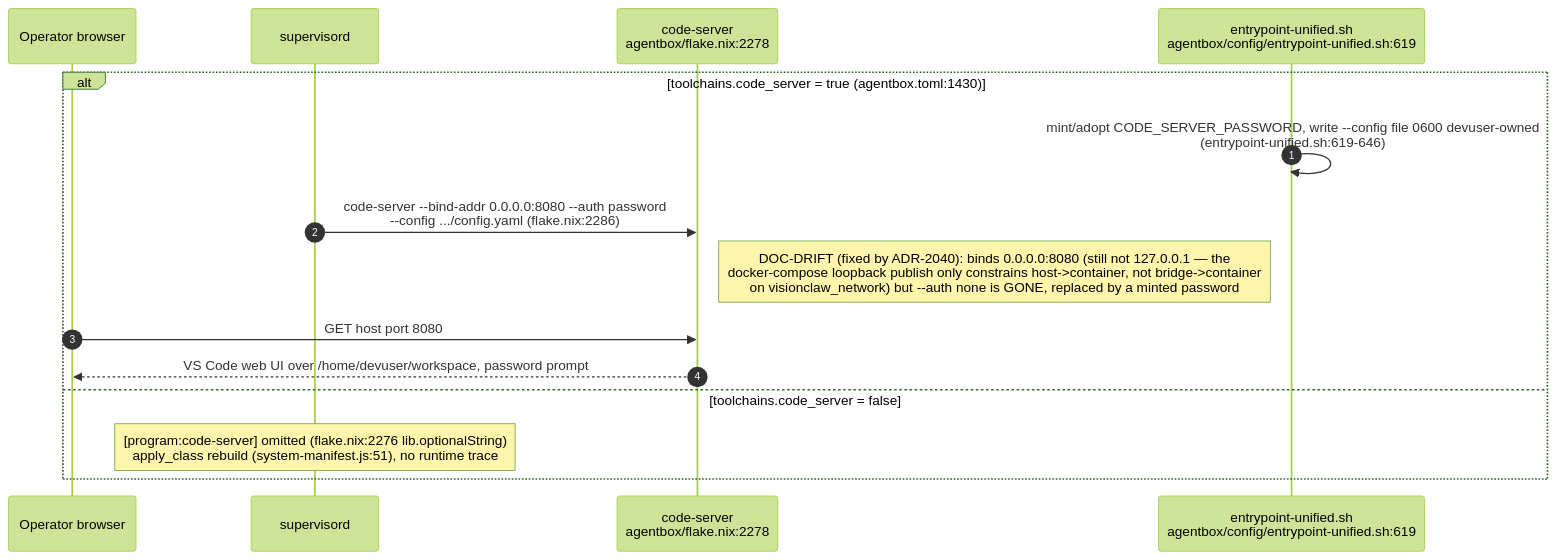
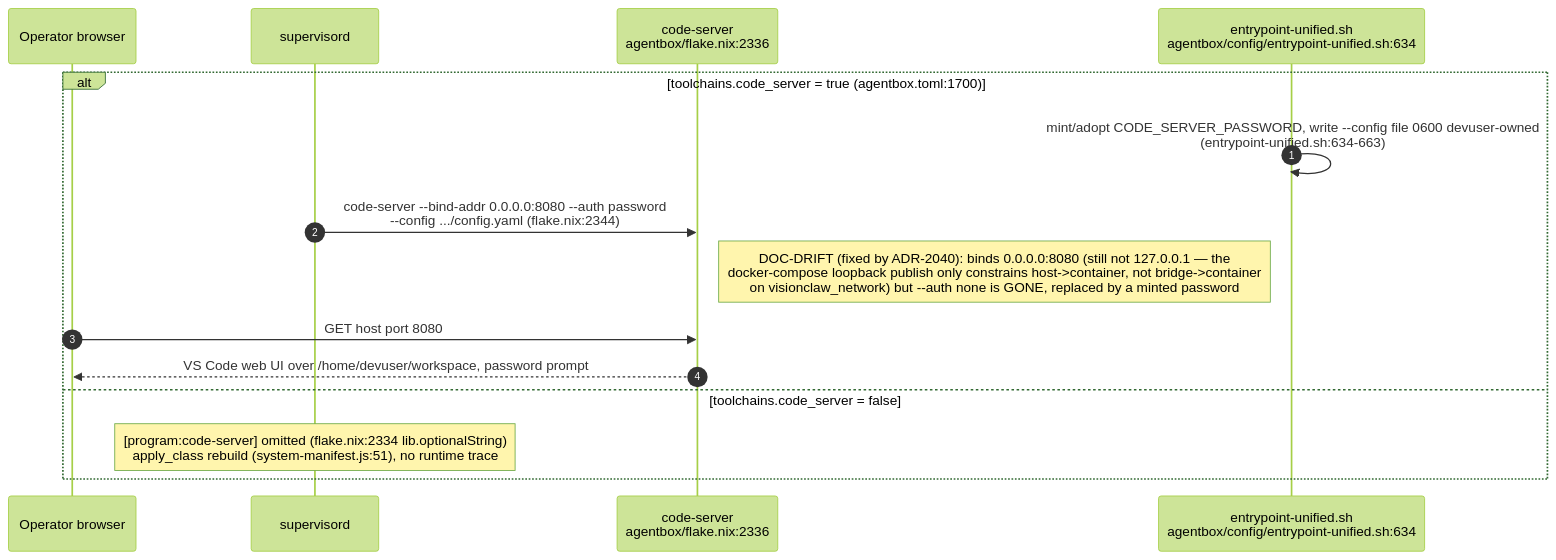
One commit to DreamLab-AI/VisionFlow changed the sixth of 13 diagrams in docs/diagrams/agentbox/27-media-gpu-capability-services.md. Above: the diagram before and after it, drawn with Mermaid (forest theme). The commit also changed other lines of this file and 28 other files, not shown here.

````diff
--- a/docs/diagrams/agentbox/27-media-gpu-capability-services.md
+++ b/docs/diagrams/agentbox/27-media-gpu-capability-services.md
@@ -205,18 +205,18 @@
 ```mermaid
 sequenceDiagram
     autonumber
     participant Op as Operator browser
     participant Sup as supervisord
-    participant CS as code-server<br/>agentbox/flake.nix:2278
-    participant Entry as entrypoint-unified.sh<br/>agentbox/config/entrypoint-unified.sh:619
+    participant CS as code-server<br/>agentbox/flake.nix:2336
+    participant Entry as entrypoint-unified.sh<br/>agentbox/config/entrypoint-unified.sh:634
 
-    alt toolchains.code_server = true (agentbox.toml:1430)
-        Entry->>Entry: mint/adopt CODE_SERVER_PASSWORD, write --config file 0600 devuser-owned<br/>(entrypoint-unified.sh:619-646)
-        Sup->>CS: code-server --bind-addr 0.0.0.0:8080 --auth password<br/>--config .../config.yaml (flake.nix:2286)
+    alt toolchains.code_server = true (agentbox.toml:1700)
+        Entry->>Entry: mint/adopt CODE_SERVER_PASSWORD, write --config file 0600 devuser-owned<br/>(entrypoint-unified.sh:634-663)
+        Sup->>CS: code-server --bind-addr 0.0.0.0:8080 --auth password<br/>--config .../config.yaml (flake.nix:2344)
         Note right of CS: DOC-DRIFT (fixed by ADR-2040): binds 0.0.0.0:8080 (still not 127.0.0.1 — the<br/>docker-compose loopback publish only constrains host->container, not bridge->container<br/>on visionclaw_network) but --auth none is GONE, replaced by a minted password
         Op->>CS: GET host port 8080
         CS-->>Op: VS Code web UI over /home/devuser/workspace, password prompt
     else toolchains.code_server = false
-        Note over Sup: [program:code-server] omitted (flake.nix:2276 lib.optionalString)<br/>apply_class rebuild (system-manifest.js:51), no runtime trace
+        Note over Sup: [program:code-server] omitted (flake.nix:2334 lib.optionalString)<br/>apply_class rebuild (system-manifest.js:51), no runtime trace
     end
 ```
````
